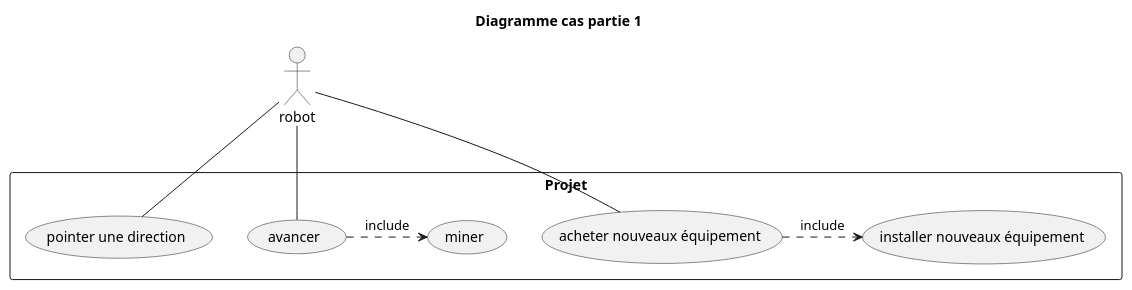
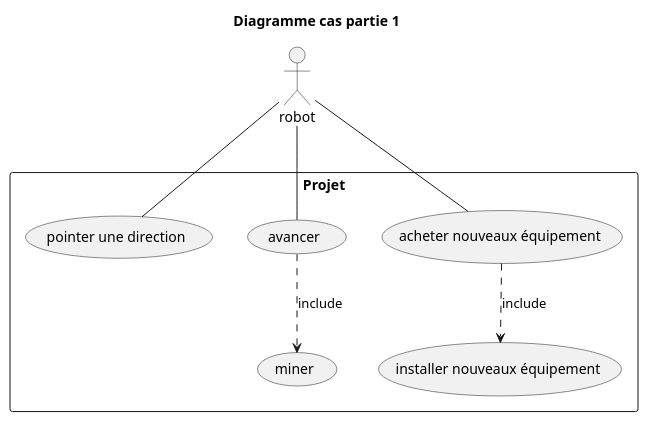
Before and after one commit to AlphaBooy/Mars-Robot: the second of 9 diagrams in files/uml/uml.wsd, drawn with PlantUML. The commit also changed other lines of this file and 17 other files, not shown here.

Commit message:
♻️ update diagrammes and add compteRendu

```diff
--- a/files/uml/uml.wsd
+++ b/files/uml/uml.wsd
@@ -132,15 +146,15 @@
 @startuml digramCasPart1
 title Diagramme cas partie 1
 :robot: as robot
 rectangle Projet {
-robot -(pointer une direction)
+robot --(pointer une direction)
 (avancer) as (avancer)
 (miner) as (miner)
-(avancer) .> (miner): include
-robot -(avancer)
+(avancer) ..> (miner): include
+robot --(avancer)
 (acheter nouveaux équipement) as (acheter)
 (installer nouveaux équipement) as (installer)
 robot -- (acheter)
-(acheter) .> (installer): include
+(acheter) ..> (installer): include
 }
 @enduml
```
